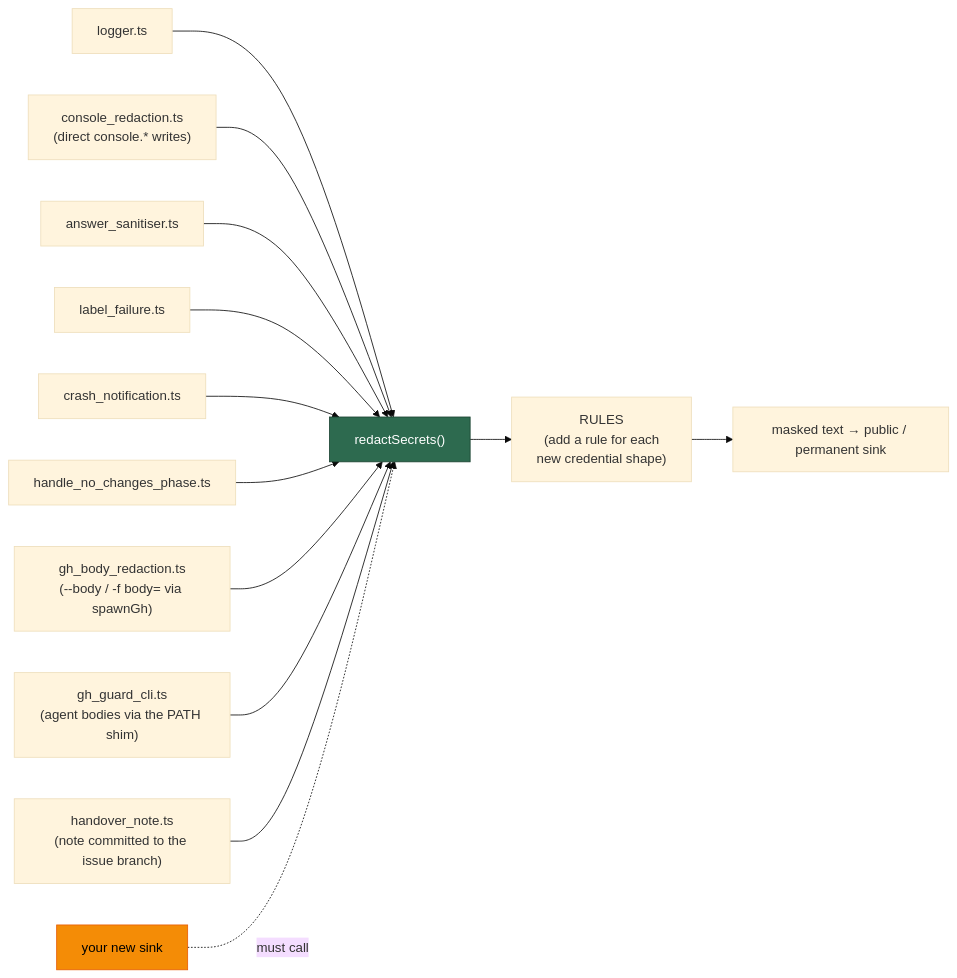
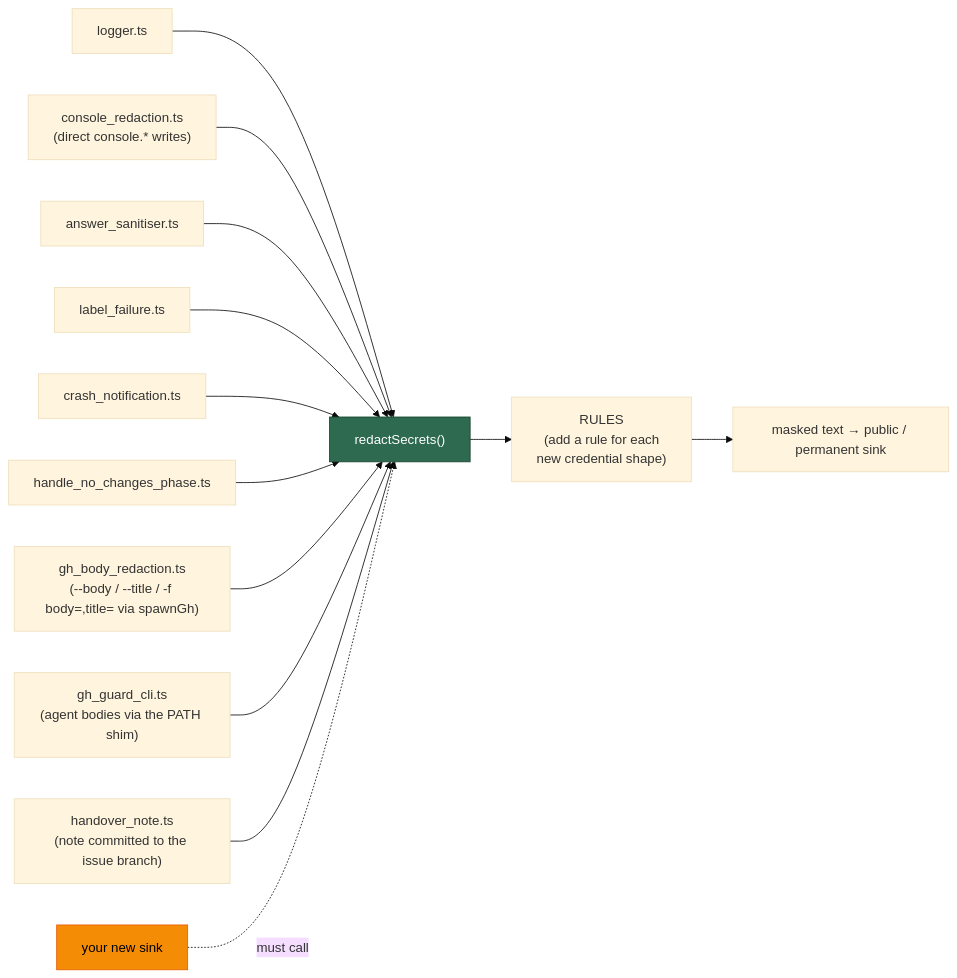
Before and after one commit to stSoftwareAU/VibeCoder: the fourth of 9 diagrams in SECURITY.md, drawn with Mermaid (base theme). The commit also changed other lines of this file and 3 other files, not shown here.

````diff
--- a/SECURITY.md
+++ b/SECURITY.md
@@ -440,17 +444,17 @@
 ```mermaid
 flowchart LR
     L["logger.ts"] --> R["redactSecrets()"]
     CR["console_redaction.ts<br/>(direct console.* writes)"] --> R
     A["answer_sanitiser.ts"] --> R
     F["label_failure.ts"] --> R
     C["crash_notification.ts"] --> R
     P["handle_no_changes_phase.ts"] --> R
-    G["gh_body_redaction.ts<br/>(--body / -f body= via spawnGh)"] --> R
+    G["gh_body_redaction.ts<br/>(--body / --title / -f body=,title= via spawnGh)"] --> R
     GA["gh_guard_cli.ts<br/>(agent bodies via the PATH shim)"] --> R
     HN["handover_note.ts<br/>(note committed to the issue branch)"] --> R
     N["your new sink"] -.must call.-> R
     R --> RULES["RULES\n(add a rule for each\nnew credential shape)"]
     RULES --> O["masked text → public / permanent sink"]
     style R fill:#2d6a4f,stroke:#1b4332,color:#fff
     style N fill:#f48c06,stroke:#e85d04,color:#000
 ```
````
